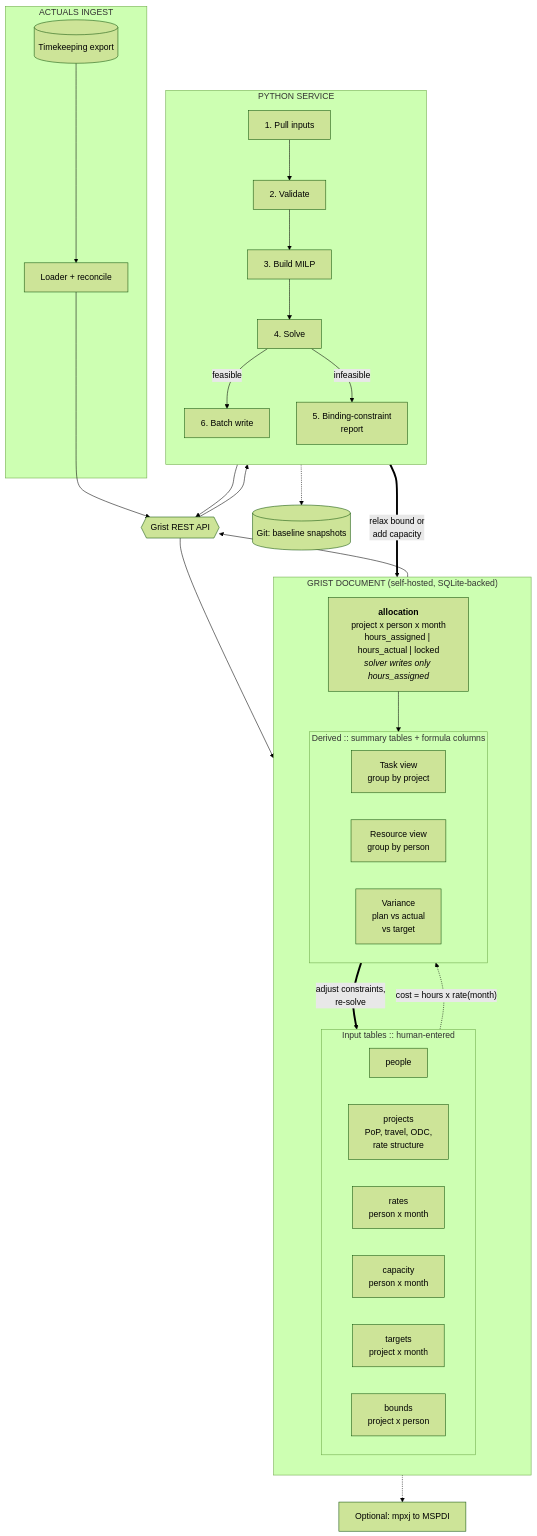
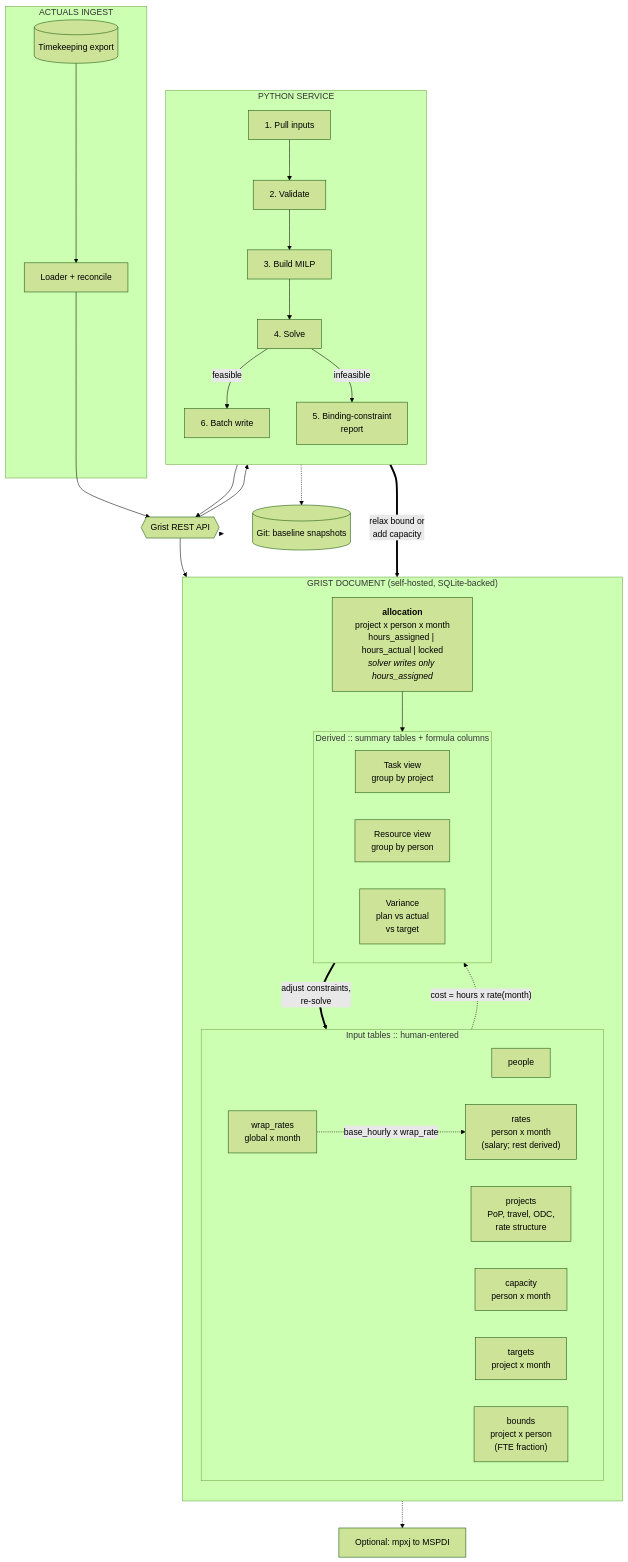
One commit to hatandspecs/general_assignment_solver changed the diagram in docs/02-architecture.md. Above: the diagram before and after it, drawn with Mermaid (forest theme). The commit also changed 7 other files, not shown here.

````diff
--- a/docs/02-architecture.md
+++ b/docs/02-architecture.md
@@ -5,62 +5,64 @@
 ```mermaid
 flowchart TB
 
     subgraph GRIST["GRIST DOCUMENT (self-hosted, SQLite-backed)"]
         direction TB
 
         subgraph INPUTS["Input tables :: human-entered"]
             direction LR
             PPL["people"]
             PRJ["projects<br/>PoP, travel, ODC,<br/>rate structure"]
-            RAT["rates<br/>person x month"]
+            RAT["rates<br/>person x month<br/>(salary; rest derived)"]
+            WRP["wrap_rates<br/>global x month"]
             CAP["capacity<br/>person x month"]
             TGT["targets<br/>project x month"]
-            BND["bounds<br/>project x person"]
+            BND["bounds<br/>project x person<br/>(FTE fraction)"]
         end
 
         ALLOC["<b>allocation</b><br/>project x person x month<br/>hours_assigned | hours_actual | locked<br/><i>solver writes only hours_assigned</i>"]
 
         subgraph VIEWS["Derived :: summary tables + formula columns"]
             direction LR
             TV["Task view<br/>group by project"]
             RV["Resource view<br/>group by person"]
             VAR["Variance<br/>plan vs actual<br/>vs target"]
         end
     end
 
     API{{"Grist REST API"}}
 
     subgraph PY["PYTHON SERVICE"]
         direction TB
         PULL["1. Pull inputs"]
         VALID["2. Validate"]
         BUILD["3. Build MILP"]
         SOLVE["4. Solve"]
         DIAG["5. Binding-constraint<br/>report"]
         PUSH["6. Batch write"]
     end
 
     subgraph ING["ACTUALS INGEST"]
         TK[("Timekeeping export")]
         LOAD["Loader + reconcile"]
     end
 
     EXPORT["Optional: mpxj to MSPDI"]
     GIT[("Git: baseline snapshots")]
 
     INPUTS --> API --> PULL
     PULL --> VALID --> BUILD --> SOLVE
     SOLVE -->|feasible| PUSH
     SOLVE -->|infeasible| DIAG
     PUSH --> API --> ALLOC
     TK --> LOAD --> API
 
     ALLOC --> VIEWS
     RAT -.->|"cost = hours x rate(month)"| VIEWS
+    WRP -.->|"base_hourly x wrap_rate"| RAT
 
     VIEWS ==>|"adjust constraints,<br/>re-solve"| BND
     DIAG ==>|"relax bound or<br/>add capacity"| BND
 
     PUSH -.-> GIT
     ALLOC -.-> EXPORT
 ```
````
